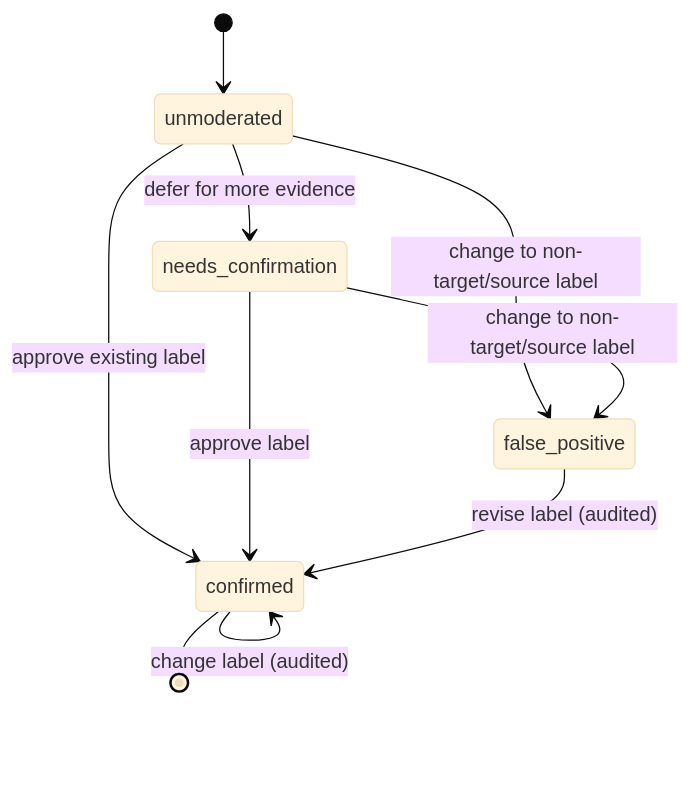
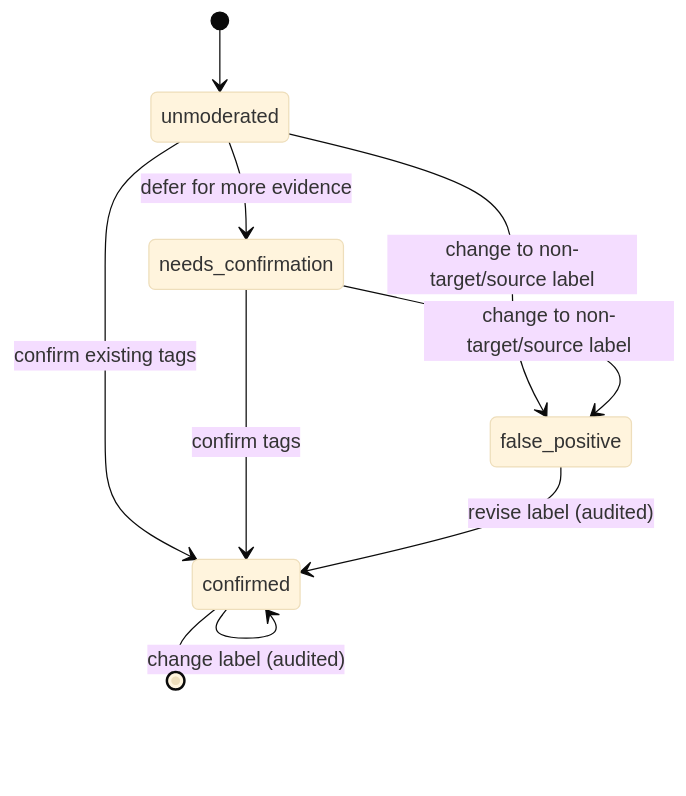
One commit to orcasound/orcahello changed the second of 2 diagrams in ModeratorFrontEnd/specification/signal-moderation-ux-proposal.md. Above: the diagram before and after it, drawn with Mermaid (base theme). The commit also changed other lines of this file and 33 other files, not shown here.

````diff
--- a/ModeratorFrontEnd/specification/signal-moderation-ux-proposal.md
+++ b/ModeratorFrontEnd/specification/signal-moderation-ux-proposal.md
@@ -642,12 +699,12 @@
 ```mermaid
 stateDiagram-v2
   [*] --> unmoderated
-  unmoderated --> confirmed: approve existing label
+  unmoderated --> confirmed: confirm existing tags
   unmoderated --> false_positive: change to non-target/source label
   unmoderated --> needs_confirmation: defer for more evidence
-  needs_confirmation --> confirmed: approve label
+  needs_confirmation --> confirmed: confirm tags
   needs_confirmation --> false_positive: change to non-target/source label
   confirmed --> confirmed: change label (audited)
   false_positive --> confirmed: revise label (audited)
   confirmed --> [*]
 ```
````
